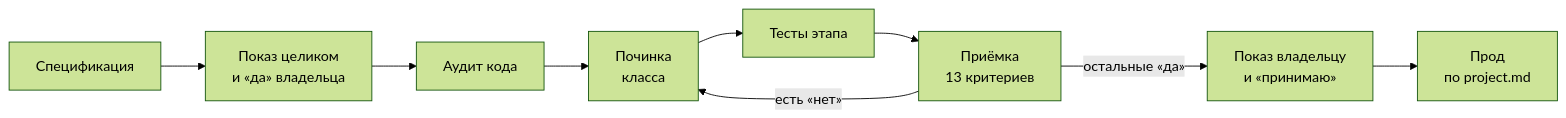
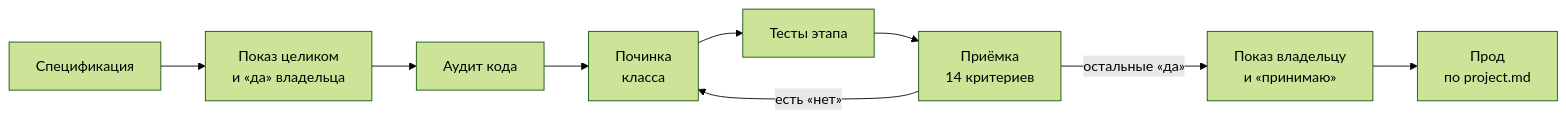
One commit to Aar0nWalker/Agent-Rules changed the first of 2 diagrams in README.md. Above: the diagram before and after it, drawn with Mermaid (forest theme). The commit also changed 7 other files, not shown here.

````diff
--- a/README.md
+++ b/README.md
@@ -108,11 +108,11 @@
 ```mermaid
 flowchart LR
     A[Спецификация] --> B[Показ целиком<br/>и «да» владельца]
     B --> C[Аудит кода]
     C --> D[Починка<br/>класса]
     D --> E[Тесты этапа]
-    E --> F[Приёмка<br/>13 критериев]
+    E --> F[Приёмка<br/>14 критериев]
     F -->|есть «нет»| D
     F -->|остальные «да»| G[Показ владельцу<br/>и «принимаю»]
     G --> H[Прод<br/>по project.md]
 ```
````
